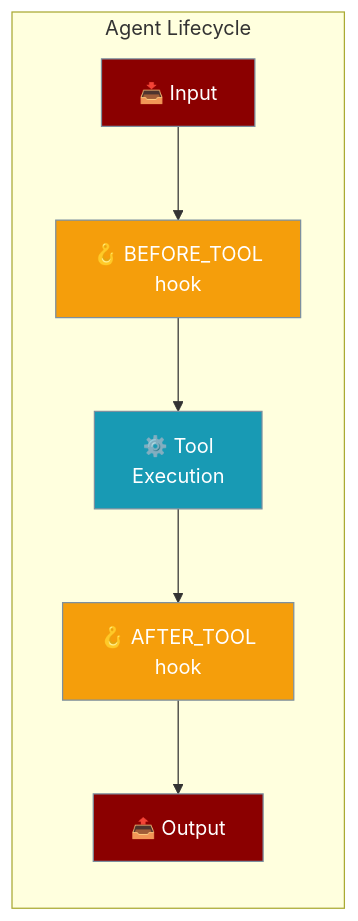
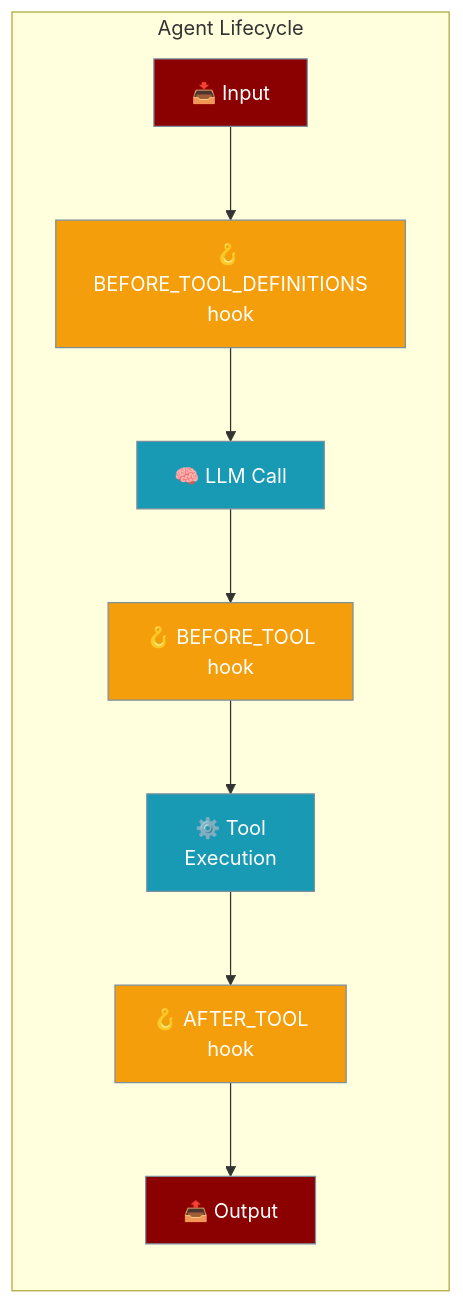
One commit to MervinPraison/PraisonAIDocs changed the first of 2 diagrams in docs/features/hooks.mdx. Above: the diagram before and after it, drawn with Mermaid. The commit also changed other lines of this file and 2 other files, not shown here.

Commit message:
docs: document BEFORE_TOOL_DEFINITIONS hook event (fixes #1287)
- hook-events.mdx: Add BEFORE_TOOL_DEFINITIONS to lifecycle Mermaid
  diagram, add new "Tool Definition Events" subsection with
  BeforeToolDefinitionsInput field table, two runnable examples
  (security sandbox + per-model filtering), and a row in the
  Complete Event Reference table
- hooks.mdx: Update hero Mermaid diagram to show
  BEFORE_TOOL_DEFINITIONS between input assembly and tool execution;
  add before_tool_definitions row to Available Hook Events table
- plugins.mdx: Update flowchart to show before_tool_definitions node,
  update hook lifecycle description, add tool_sandbox plugin example

🤖 Generated with [Claude Code](https://claude.ai/code)

````diff
--- a/docs/features/hooks.mdx
+++ b/docs/features/hooks.mdx
@@ -10,21 +10,23 @@
 ```mermaid
 graph LR
     subgraph "Agent Lifecycle"
-        INPUT["📥 Input"] --> BEFORE["🪝 BEFORE_TOOL\nhook"]
+        INPUT["📥 Input"] --> BTD["🪝 BEFORE_TOOL_DEFINITIONS\nhook"]
+        BTD --> LLM["🧠 LLM Call"]
+        LLM --> BEFORE["🪝 BEFORE_TOOL\nhook"]
         BEFORE --> TOOL["⚙️ Tool\nExecution"]
         TOOL --> AFTER["🪝 AFTER_TOOL\nhook"]
         AFTER --> OUTPUT["📤 Output"]
     end
 
     classDef agent fill:#8B0000,stroke:#7C90A0,color:#fff
     classDef tool fill:#189AB4,stroke:#7C90A0,color:#fff
     classDef hook fill:#F59E0B,stroke:#7C90A0,color:#fff
     classDef success fill:#10B981,stroke:#7C90A0,color:#fff
 
     class INPUT,OUTPUT agent
-    class TOOL tool
-    class BEFORE,AFTER hook
+    class TOOL,LLM tool
+    class BTD,BEFORE,AFTER hook
 
     classDef agent fill:#8B0000,color:#fff
     classDef tool fill:#189AB4,color:#fff
 ```
````
